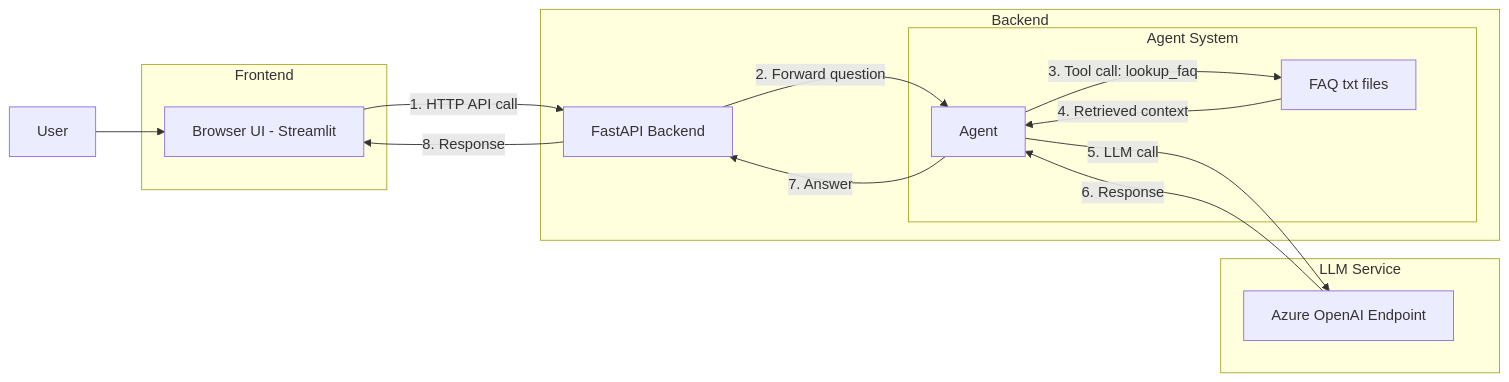
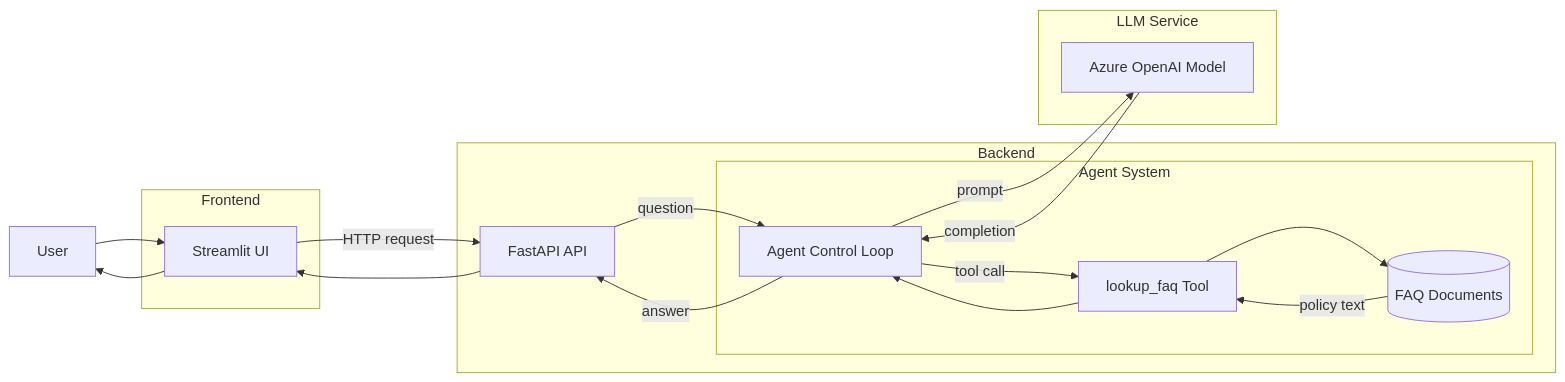
One commit to kunalbalooni/ai-agent-foundation-series changed the third of 3 diagrams in blogs/blog-01-from-llms-to-agents/blog.md. Above: the diagram before and after it, drawn with Mermaid. The commit also changed other lines of this file, not shown here.

Commit message:
blog-01: restructure 'Building the agent' — diagram first, flat code sequence
- Move architecture diagram to top of section before any code
- Replace original diagram with redesigned layered version (horizontal,
  agent internals visible: Control Loop / Tool / Docs, non-crossing arrows)
- Add system introduction (four-layer structure: frontend/backend/agent/LLM)
- Add design rationale paragraph and three-file overview list
- Consolidate prereqs and model recommendations under 'The agent code'
- Remove 'Exposing the agent via an API' sub-section header
- Remove 'Adding a simple UI' sub-section header
- All code blocks unchanged; bridging prose kept between files
- New order: intro > diagram > rationale > agent.py > api.py > streamlit.py > run

````diff
--- a/blogs/blog-01-from-llms-to-agents/blog.md
+++ b/blogs/blog-01-from-llms-to-agents/blog.md
@@ -293,29 +169,44 @@
 ```mermaid
 flowchart LR
-  User[User] --> FE_UI
 
+  %% User
+  User[User]
+
+  %% Frontend
   subgraph Frontend
-    FE_UI[Browser UI - Streamlit]
+    UI[Streamlit UI]
   end
 
+  %% Backend
   subgraph Backend
-    API[FastAPI Backend]
+    API[FastAPI API]
+
     subgraph Agent_System[Agent System]
-      Agent[Agent]
-      Files[FAQ txt files]
+      Agent[Agent Control Loop]
+      Tool[lookup_faq Tool]
+      Docs[(FAQ Documents)]
     end
   end
 
+  %% LLM
   subgraph LLM_Service[LLM Service]
-    LLM[Azure OpenAI Endpoint]
+    LLM[Azure OpenAI Model]
   end
 
-  FE_UI -->|1. HTTP API call| API
-  API -->|2. Forward question| Agent
-  Agent -->|3. Tool call: lookup_faq| Files
-  Files -->|4. Retrieved context| Agent
-  Agent -->|5. LLM call| LLM
-  LLM -->|6. Response| Agent
-  Agent -->|7. Answer| API
-  API -->|8. Response| FE_UI
+  %% Flow
+  User --> UI
+  UI -->|HTTP request| API
+  API -->|question| Agent
+
+  Agent -->|tool call| Tool
+  Tool --> Docs
+  Docs -->|policy text| Tool
+  Tool --> Agent
+
+  Agent -->|prompt| LLM
+  LLM -->|completion| Agent
+
+  Agent -->|answer| API
+  API --> UI
+  UI --> User
 ```
````
